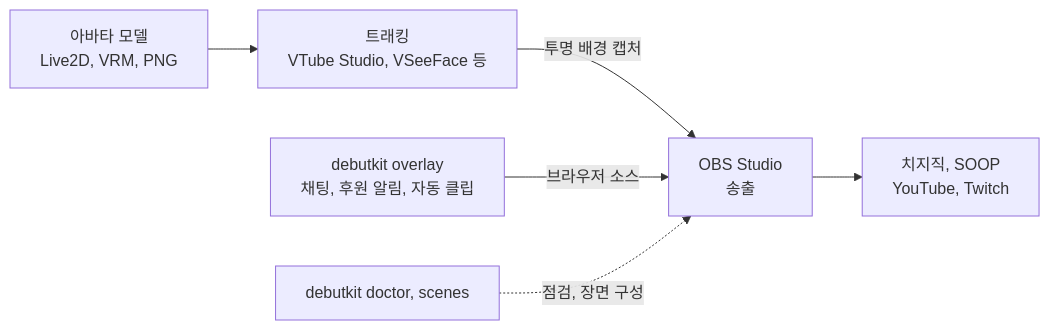
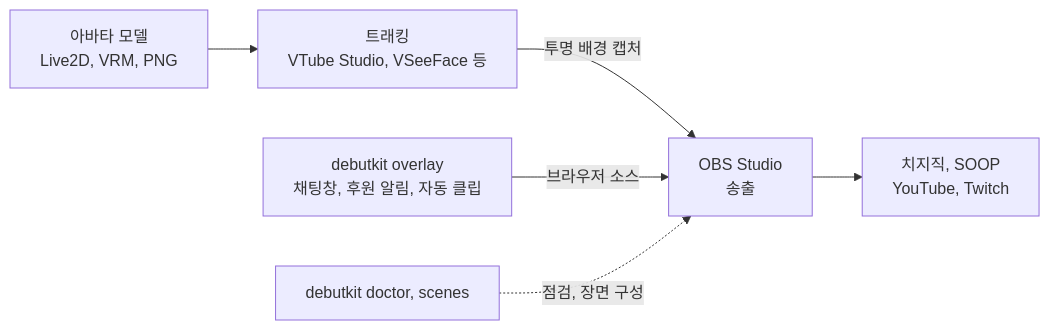
One commit to BudongJW/debutkit changed the diagram in docs/SOFTWARE.md. Above: the diagram before and after it, drawn with Mermaid. The commit also changed other lines of this file and 44 other files, not shown here.

````diff
--- a/docs/SOFTWARE.md
+++ b/docs/SOFTWARE.md
@@ -10,8 +10,8 @@
 ```mermaid
 flowchart LR
     M["아바타 모델<br/>Live2D, VRM, PNG"] --> T["트래킹<br/>VTube Studio, VSeeFace 등"]
     T -->|"투명 배경 캡처"| O["OBS Studio<br/>송출"]
-    C["debutkit overlay<br/>채팅, 후원 알림, 자동 클립"] -->|"브라우저 소스"| O
+    C["debutkit overlay<br/>채팅창, 후원 알림, 자동 클립"] -->|"브라우저 소스"| O
     O --> P["치지직, SOOP<br/>YouTube, Twitch"]
     D["debutkit doctor, scenes"] -.점검, 장면 구성.-> O
 ```
````
